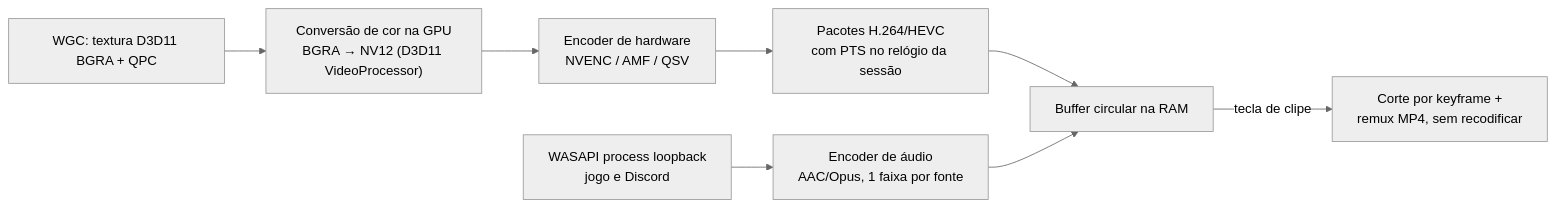
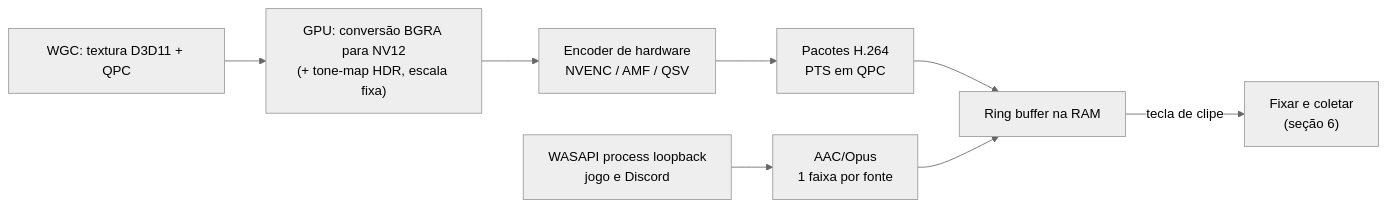
Before and after one commit to culturagrowth/code: the first of 4 diagrams in docs/pesquisa-app-clipes-sincronizados.md, drawn with Mermaid (neutral theme). The commit also changed other lines of this file and 1 other file, not shown here.

First line of the commit message:
docs: v2 da pesquisa — relógio global, pós-roll, bucket e métodos de captura

````diff
--- a/docs/pesquisa-app-clipes-sincronizados.md
+++ b/docs/pesquisa-app-clipes-sincronizados.md
@@ -123,10 +189,10 @@
 ```mermaid
 flowchart LR
-    A["WGC: textura D3D11 BGRA + QPC"] --> B["Conversão de cor na GPU<br/>BGRA → NV12 (D3D11 VideoProcessor)"]
+    A["WGC: textura D3D11 + QPC"] --> B["GPU: conversão BGRA para NV12<br/>(+ tone-map HDR, escala fixa)"]
     B --> C["Encoder de hardware<br/>NVENC / AMF / QSV"]
-    C --> D["Pacotes H.264/HEVC<br/>com PTS no relógio da sessão"]
-    D --> E["Buffer circular na RAM"]
-    F["WASAPI process loopback<br/>jogo e Discord"] --> G["Encoder de áudio<br/>AAC/Opus, 1 faixa por fonte"]
+    C --> D["Pacotes H.264<br/>PTS em QPC"]
+    D --> E["Ring buffer na RAM"]
+    F["WASAPI process loopback<br/>jogo e Discord"] --> G["AAC/Opus<br/>1 faixa por fonte"]
     G --> E
-    E -->|"tecla de clipe"| H["Corte por keyframe +<br/>remux MP4, sem recodificar"]
+    E -->|"tecla de clipe"| H["Fixar e coletar<br/>(seção 6)"]
 ```
````
